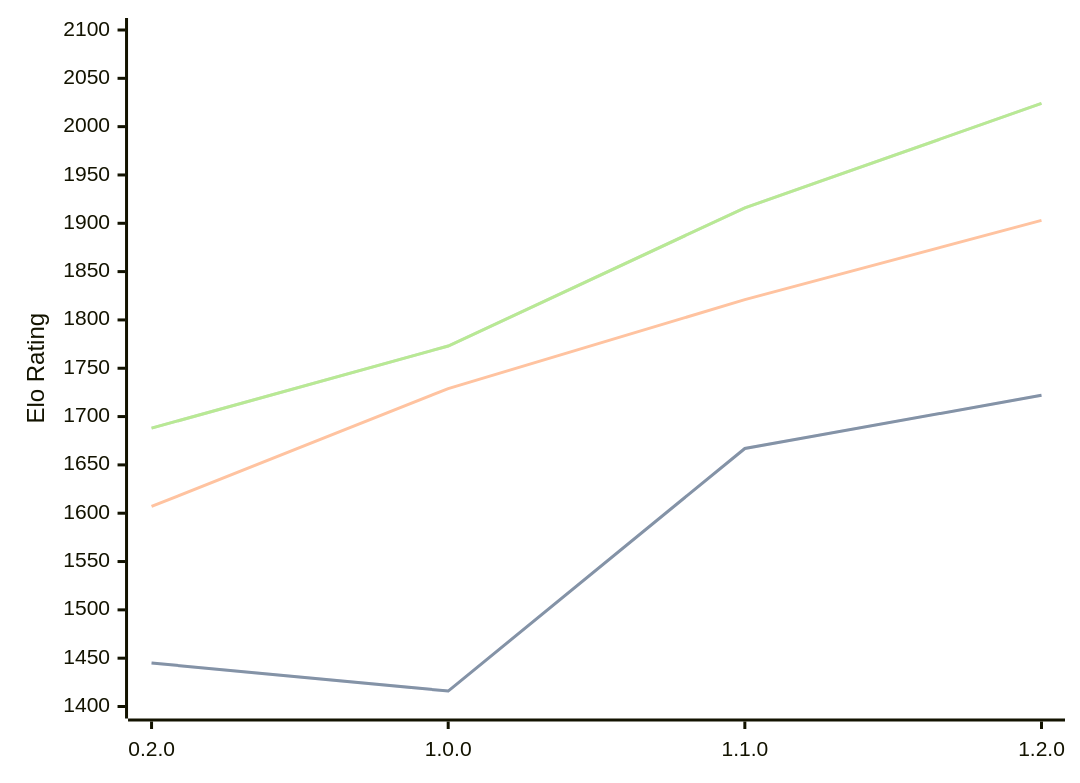
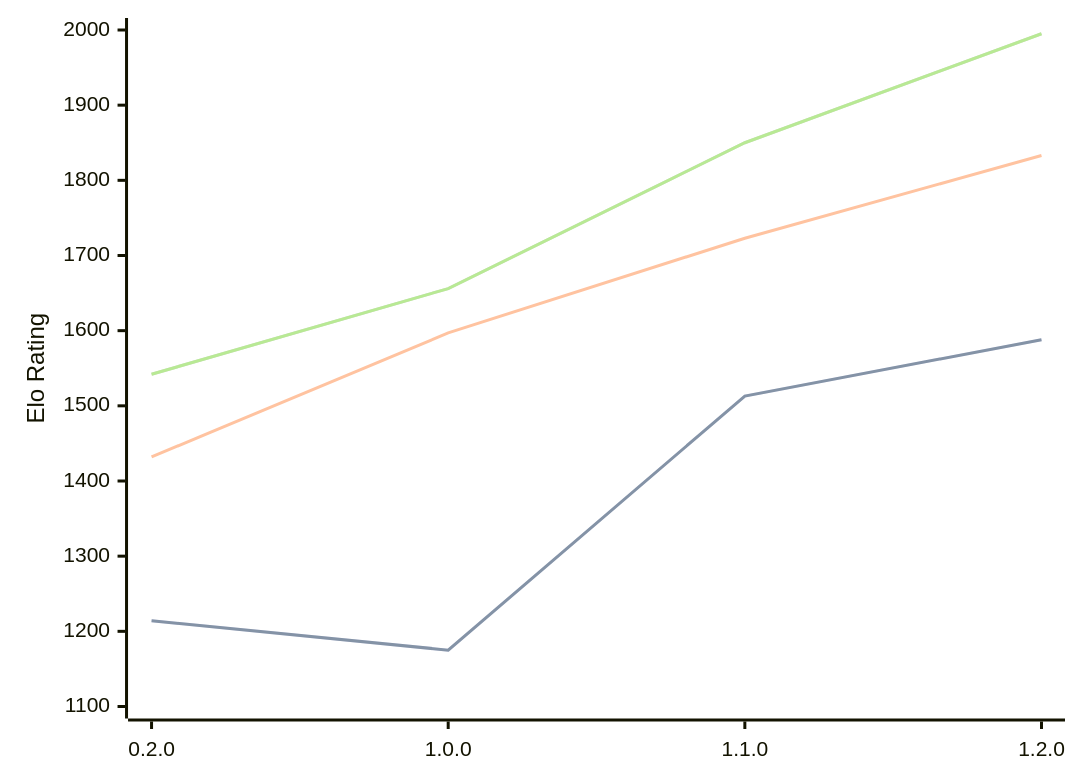
One commit to computer-chess-index/cci changed the diagram in engines/Zeppelin.md. Above: the diagram before and after it, drawn with Mermaid. The commit also changed other lines of this file, not shown here.

Commit message:
Update CCI Ratings (ELO VLTC) - 2026-02-24

````diff
--- a/engines/Zeppelin.md
+++ b/engines/Zeppelin.md
@@ -33,11 +34,11 @@
 ```mermaid
 %%{init: {"theme":"base","themeVariables":{"seriesColors:['#a3a3a3','#222221','#faa371']}}}%%
 xychart-beta
   x-axis ["0.2.0", "1.0.0", "1.1.0", "1.2.0"]
-  y-axis "Elo Rating" 1400 --> 2100
-  line "STC (8.0+0.08s)" [1445, 1416, 1667, 1722]
-  line "STC (8.0+0.08s)" [1445, 1416, 1667, 1722]
-  line "LTC (60.0+0.60s)" [1607, 1729, 1821, 1903]
-  line "VLTC (2m24s+1.12s)" [1688, 1773, 1916, 2024]
-  line "VLTC (2m24s+1.12s)" [1688, 1773, 1916, 2024]
+  y-axis "Elo Rating" 1100 --> 2000
+  line "STC (8.0+0.08s)" [1214, 1175, 1513, 1588]
+  line "STC (8.0+0.08s)" [1214, 1175, 1513, 1588]
+  line "LTC (60.0+0.60s)" [1432, 1597, 1723, 1833]
+  line "VLTC (2m24s+1.12s)" [1542, 1656, 1850, 1995]
+  line "VLTC (2m24s+1.12s)" [1542, 1656, 1850, 1995]
 ```
````
